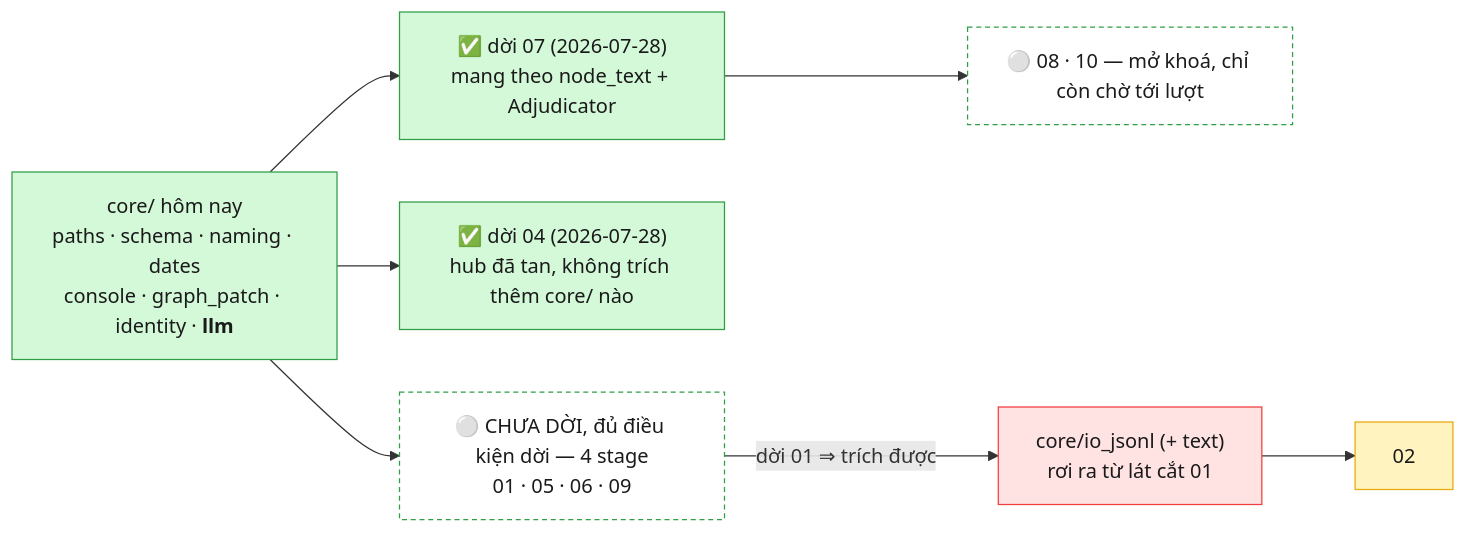
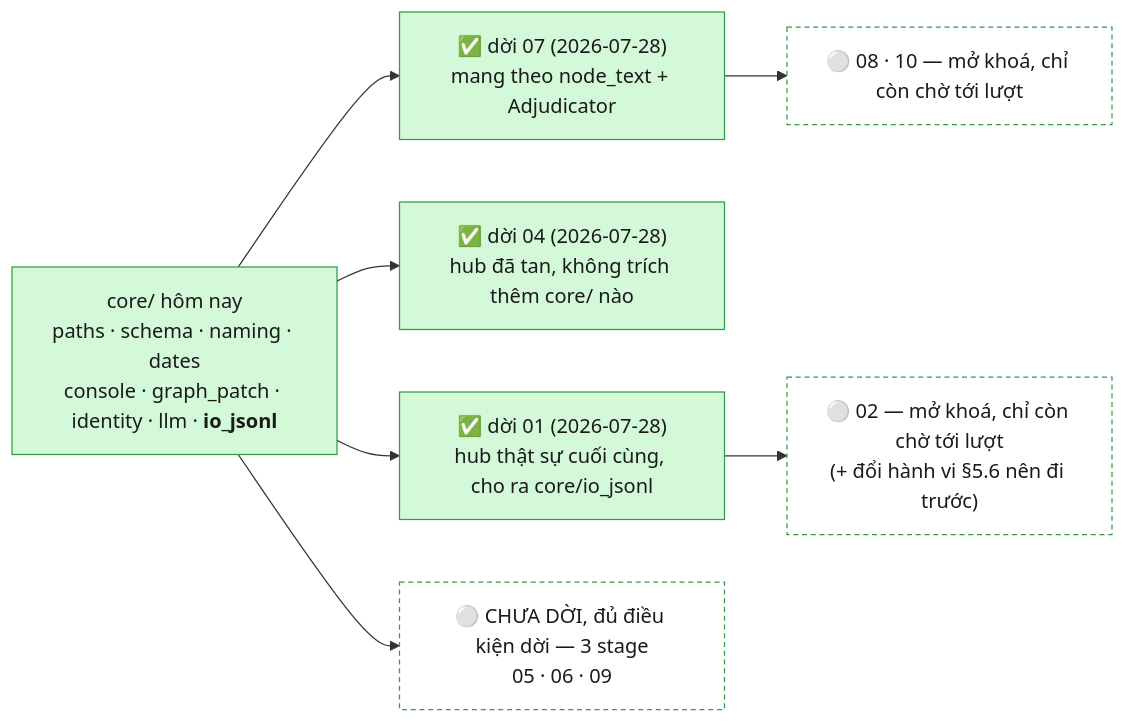
The second of 4 diagrams in src_module/PIPELINE.md (TranBaDat2607/capstone_test1), drawn with Mermaid before and after one commit. The commit also changed other lines of this file and 5 other files, not shown here.

````diff
--- a/src_module/PIPELINE.md
+++ b/src_module/PIPELINE.md
@@ -273,20 +299,20 @@
 ```mermaid
 flowchart LR
     classDef done fill:#d3f9d8,stroke:#2f9e44,color:#1a1a1a
     classDef ready fill:#ffffff,stroke:#2f9e44,stroke-dasharray:4 3,color:#1a1a1a
     classDef key  fill:#ffe3e3,stroke:#f03e3e,color:#1a1a1a
     classDef pend fill:#fff3bf,stroke:#e8a90c,color:#1a1a1a
 
-    CORE["core/ hôm nay<br/>paths · schema · naming · dates<br/>console · graph_patch · identity · <b>llm</b>"]:::done
+    CORE["core/ hôm nay<br/>paths · schema · naming · dates<br/>console · graph_patch · identity · llm · <b>io_jsonl</b>"]:::done
     S07D["✅ dời 07 (2026-07-28)<br/>mang theo node_text + Adjudicator"]:::done
     S04D["✅ dời 04 (2026-07-28)<br/>hub đã tan, không trích thêm core/ nào"]:::done
-    READY["⚪ CHƯA DỜI, đủ điều kiện dời — 4 stage<br/>01 · 05 · 06 · 09"]:::ready
+    S01D["✅ dời 01 (2026-07-28)<br/>hub thật sự cuối cùng, cho ra core/io_jsonl"]:::done
+    READY["⚪ CHƯA DỜI, đủ điều kiện dời — 3 stage<br/>05 · 06 · 09"]:::ready
     U1["⚪ 08 · 10 — mở khoá, chỉ còn chờ tới lượt"]:::ready
-    IOJ["core/io_jsonl (+ text)<br/>rơi ra từ lát cắt 01"]:::key
-    U3["02"]:::pend
+    U3["⚪ 02 — mở khoá, chỉ còn chờ tới lượt<br/>(+ đổi hành vi §5.6 nên đi trước)"]:::ready
 
     CORE --> S07D --> U1
     CORE --> S04D
+    CORE --> S01D --> U3
     CORE --> READY
-    READY -->|"dời 01 ⇒ trích được"| IOJ --> U3
 ```
````
